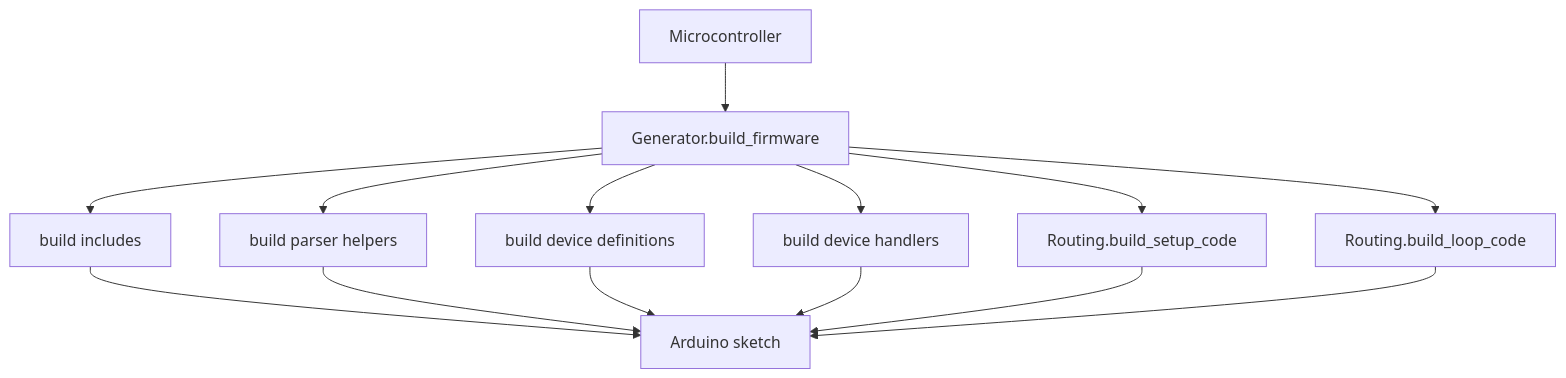
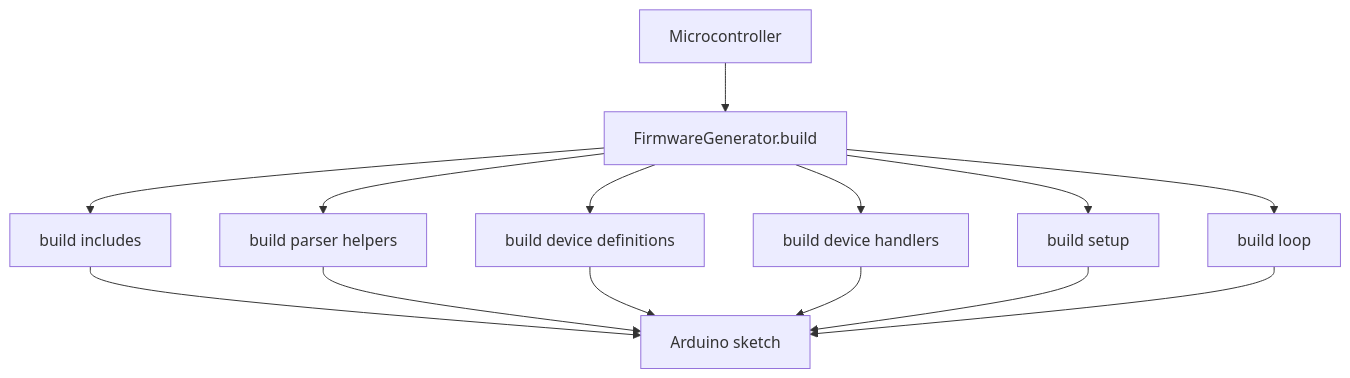
The diagram in src/gerbera_sdk/firmware/README.md (BaronLiu1993/gerbera), drawn with Mermaid before and after one commit. The commit also changed other lines of this file and 42 other files, not shown here.

````diff
--- a/src/gerbera_sdk/firmware/README.md
+++ b/src/gerbera_sdk/firmware/README.md
@@ -47,16 +45,16 @@
 ```mermaid
 flowchart TD
-    A[Microcontroller] --> B[Generator.build_firmware]
+    A[Microcontroller] --> B[FirmwareGenerator.build]
     B --> C[build includes]
     B --> D[build parser helpers]
     B --> E[build device definitions]
     B --> F[build device handlers]
-    B --> G[Routing.build_setup_code]
-    B --> H[Routing.build_loop_code]
+    B --> G[build setup]
+    B --> H[build loop]
     C --> I[Arduino sketch]
     D --> I
     E --> I
     F --> I
     G --> I
     H --> I
 ```
````
